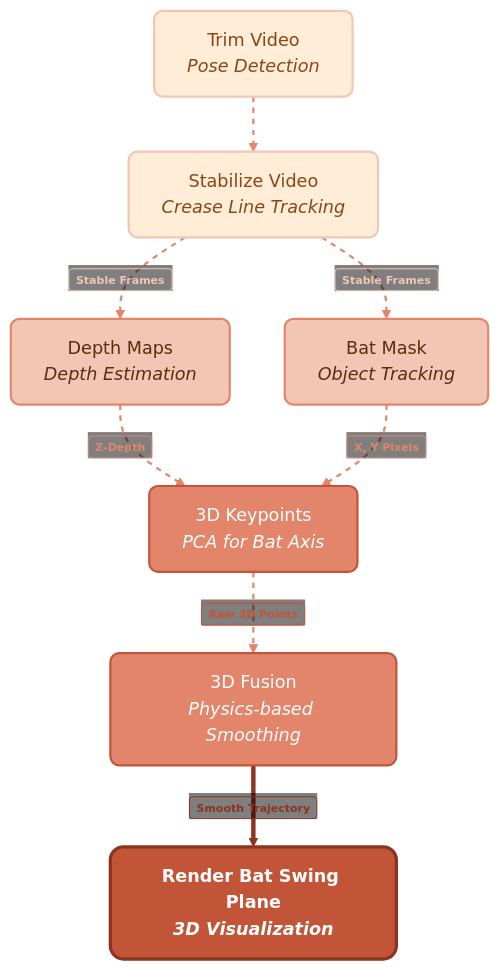
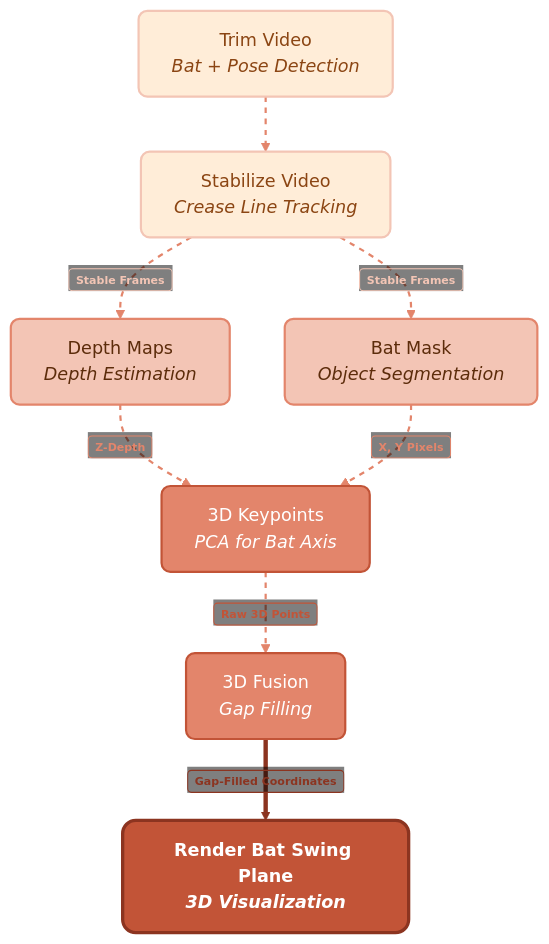
One commit to adnanmsk/blog_privew changed the eighth of 9 diagrams in pipeline_diagrams.md. Above: the diagram before and after it, drawn with Mermaid. The commit also changed other lines of this file, not shown here.

Commit message:
Update terminology in pipeline diagrams to match Option 13

````diff
--- a/pipeline_diagrams.md
+++ b/pipeline_diagrams.md
@@ -173,19 +173,19 @@
 ```mermaid
 %%{init: {'theme': 'base', 'themeVariables': { 'edgeLabelBackground':'transparent' }}}%%
 flowchart TD
     classDef prep fill:#ffedd8,stroke:#f3c5b5,stroke-width:2px,color:#8b4513,rx:8px,ry:8px
     classDef infer fill:#f3c5b5,stroke:#e3856b,stroke-width:2px,color:#5c2c0b,rx:8px,ry:8px
     classDef phys fill:#e3856b,stroke:#c25437,stroke-width:2px,color:#ffffff,rx:8px,ry:8px
     classDef out fill:#c25437,stroke:#8c3420,stroke-width:3px,color:#ffffff,rx:12px,ry:12px,font-weight:bold
 
-    T["Trim Video<br><i>Pose Detection</i>"]:::prep --> S["Stabilize Video<br><i>Crease Line Tracking</i>"]:::prep
+    T["Trim Video<br><i>Bat + Pose Detection</i>"]:::prep --> S["Stabilize Video<br><i>Crease Line Tracking</i>"]:::prep
     S -- "<span style='background:transparent !important; border:1.5px solid #f3c5b5 !important; color:#f3c5b5 !important; padding:2px 6px; border-radius:4px; font-size:10px; font-weight:bold; display:inline-block;'>Stable Frames</span>" --> D["Depth Maps<br><i>Depth Estimation</i>"]:::infer
-    S -- "<span style='background:transparent !important; border:1.5px solid #f3c5b5 !important; color:#f3c5b5 !important; padding:2px 6px; border-radius:4px; font-size:10px; font-weight:bold; display:inline-block;'>Stable Frames</span>" --> Seg["Bat Mask<br><i>Object Tracking</i>"]:::infer
+    S -- "<span style='background:transparent !important; border:1.5px solid #f3c5b5 !important; color:#f3c5b5 !important; padding:2px 6px; border-radius:4px; font-size:10px; font-weight:bold; display:inline-block;'>Stable Frames</span>" --> Seg["Bat Mask<br><i>Object Segmentation</i>"]:::infer
     D -- "<span style='background:transparent !important; border:1.5px solid #e3856b !important; color:#e3856b !important; padding:2px 6px; border-radius:4px; font-size:10px; font-weight:bold; display:inline-block;'>Z-Depth</span>" --> K["3D Keypoints<br><i>PCA for Bat Axis</i>"]:::phys
     Seg -- "<span style='background:transparent !important; border:1.5px solid #e3856b !important; color:#e3856b !important; padding:2px 6px; border-radius:4px; font-size:10px; font-weight:bold; display:inline-block;'>X, Y Pixels</span>" --> K
-    K -- "<span style='background:transparent !important; border:1.5px solid #c25437 !important; color:#c25437 !important; padding:2px 6px; border-radius:4px; font-size:10px; font-weight:bold; display:inline-block;'>Raw 3D Points</span>" --> F["3D Fusion<br><i>Physics-based Smoothing</i>"]:::phys
-    F -- "<span style='background:transparent !important; border:1.5px solid #8c3420 !important; color:#8c3420 !important; padding:2px 6px; border-radius:4px; font-size:10px; font-weight:bold; display:inline-block;'>Smooth Trajectory</span>" --> R["Render Bat Swing Plane<br><i>3D Visualization</i>"]:::out
+    K -- "<span style='background:transparent !important; border:1.5px solid #c25437 !important; color:#c25437 !important; padding:2px 6px; border-radius:4px; font-size:10px; font-weight:bold; display:inline-block;'>Raw 3D Points</span>" --> F["3D Fusion<br><i>Gap Filling</i>"]:::phys
+    F -- "<span style='background:transparent !important; border:1.5px solid #8c3420 !important; color:#8c3420 !important; padding:2px 6px; border-radius:4px; font-size:10px; font-weight:bold; display:inline-block;'>Gap-Filled Coordinates</span>" --> R["Render Bat Swing Plane<br><i>3D Visualization</i>"]:::out
 
     linkStyle 0,1,2,3,4,5 stroke:#e3856b,stroke-width:2px,stroke-dasharray: 5 5
     linkStyle 6 stroke:#8c3420,stroke-width:4px
 ```
````
